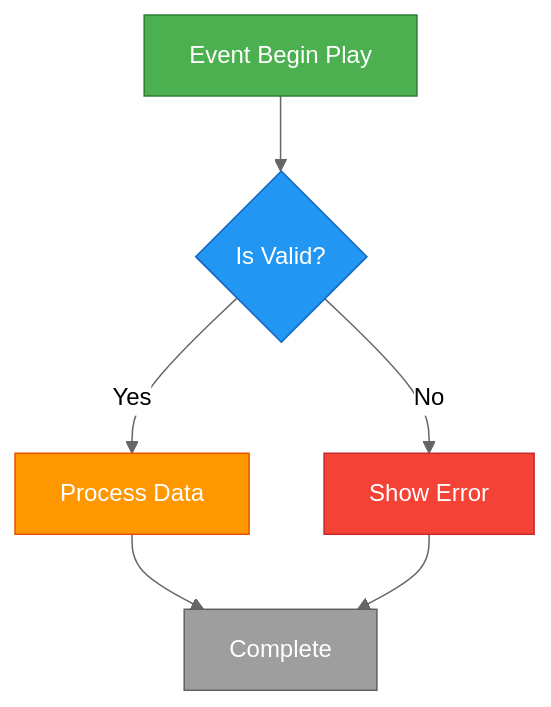
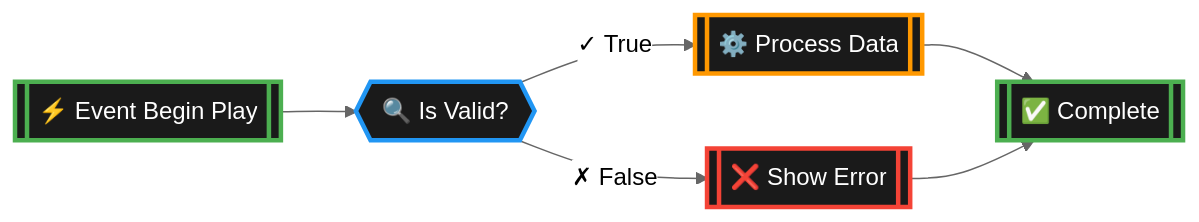
One commit to Mittenzx/Adastrea changed the first of 9 diagrams in BLUEPRINT_DISPLAY_GUIDE.md. Above: the diagram before and after it, drawn with Mermaid (neutral theme). The commit also changed other lines of this file and 2 other files, not shown here.

First line of the commit message:
Update Mermaid diagrams with Unreal Engine node styling

````diff
--- a/BLUEPRINT_DISPLAY_GUIDE.md
+++ b/BLUEPRINT_DISPLAY_GUIDE.md
@@ -75,14 +75,14 @@
 ```mermaid
-graph TD
-    Start[Event Begin Play] --> Check{Is Valid?}
-    Check -->|Yes| Process[Process Data]
-    Check -->|No| Error[Show Error]
-    Process --> End[Complete]
+graph LR
+    Start[["⚡ Event Begin Play"]] --> Check{{"🔍 Is Valid?"}}
+    Check -->|"✓ True"| Process[["⚙️ Process Data"]]
+    Check -->|"✗ False"| Error[["❌ Show Error"]]
+    Process --> End[["✅ Complete"]]
     Error --> End
     
-    style Start fill:#4CAF50,stroke:#2E7D32,color:#fff
-    style Check fill:#2196F3,stroke:#1565C0,color:#fff
-    style Process fill:#FF9800,stroke:#E65100,color:#fff
-    style Error fill:#F44336,stroke:#C62828,color:#fff
-    style End fill:#9E9E9E,stroke:#616161,color:#fff
+    style Start fill:#1a1a1a,stroke:#4CAF50,stroke-width:3px,color:#fff,rx:10,ry:10
+    style Check fill:#1a1a1a,stroke:#2196F3,stroke-width:3px,color:#fff
+    style Process fill:#1a1a1a,stroke:#FF9800,stroke-width:3px,color:#fff,rx:10,ry:10
+    style Error fill:#1a1a1a,stroke:#F44336,stroke-width:3px,color:#fff,rx:10,ry:10
+    style End fill:#1a1a1a,stroke:#4CAF50,stroke-width:3px,color:#fff,rx:10,ry:10
 ```
````
